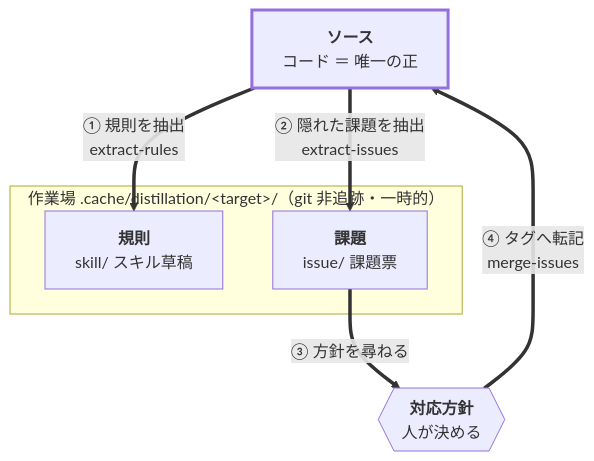
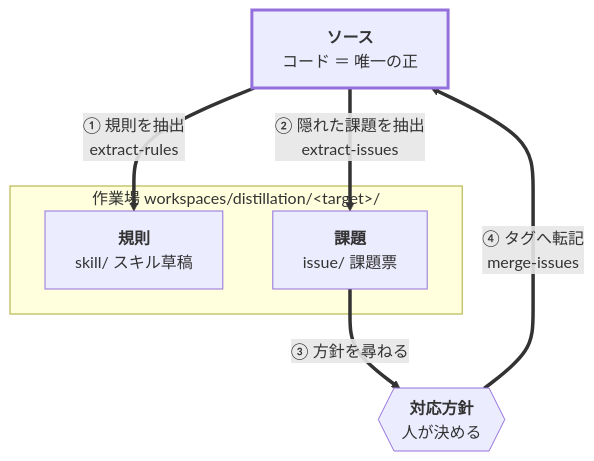
Before and after one commit to sasano8/skills: the diagram in plugins/distillation/README.md, drawn with Mermaid. The commit also changed other lines of this file and 8 other files, not shown here.

````diff
--- a/plugins/distillation/README.md
+++ b/plugins/distillation/README.md
@@ -20,19 +20,19 @@
 ```mermaid
 flowchart TD
     SRC["<b>ソース</b><br/>コード ＝ 唯一の正"]
 
-    subgraph WS["作業場 .cache/distillation/&lt;target&gt;/（git 非追跡・一時的）"]
+    subgraph WS["作業場 workspaces/distillation/&lt;target&gt;/"]
         RULE["<b>規則</b><br/>skill/ スキル草稿"]
         ISSUE["<b>課題</b><br/>issue/ 課題票"]
     end
 
     DECIDE{{"<b>対応方針</b><br/>人が決める"}}
 
     SRC ==>|"① 規則を抽出<br/>extract-rules"| RULE
     SRC ==>|"② 隠れた課題を抽出<br/>extract-issues"| ISSUE
     ISSUE ==>|"③ 方針を尋ねる"| DECIDE
     DECIDE ==>|"④ タグへ転記<br/>merge-issues"| SRC
 
     classDef truth stroke-width:3px
     class SRC truth
 ```
````
